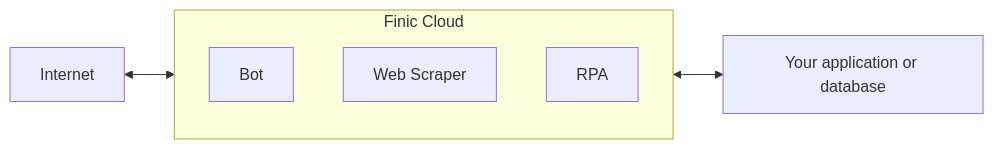
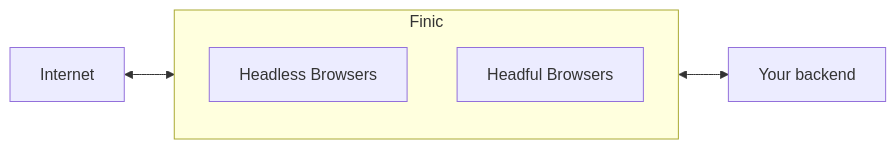
The diagram in introduction.mdx (finic-ai/docs), drawn with Mermaid before and after one commit. The commit also changed other lines of this file and 19 other files, not shown here.

````diff
--- a/introduction.mdx
+++ b/introduction.mdx
@@ -9,11 +22,10 @@
 ```mermaid
 graph LR
     A[Internet] <--> B[Finic Cloud]
-    B <--> C[Your application or database]
+    B <--> C[Your backend]
     
-    subgraph B[Finic Cloud]
-        D[Bot]
-        E[Web Scraper]
-        F[RPA]
+    subgraph B[Finic]
+        D[Headless Browsers]
+        E[Headful Browsers]
     end
 ```
````
